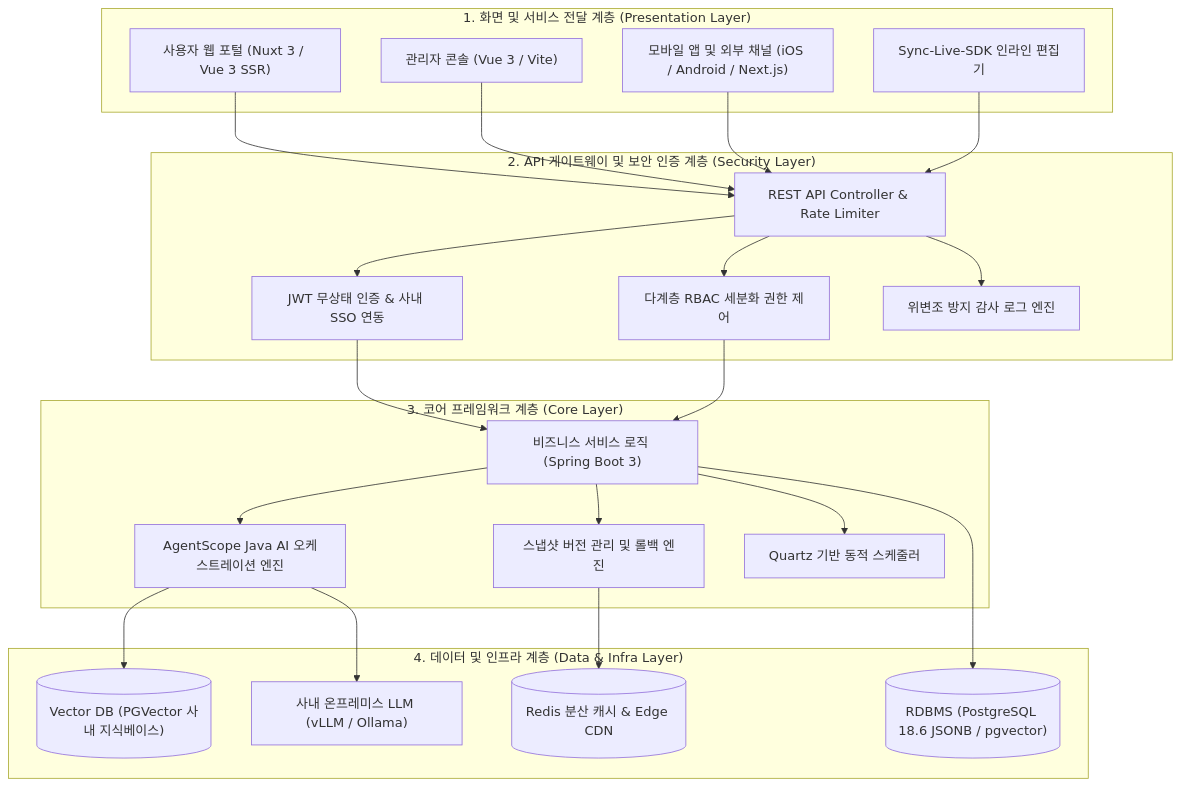
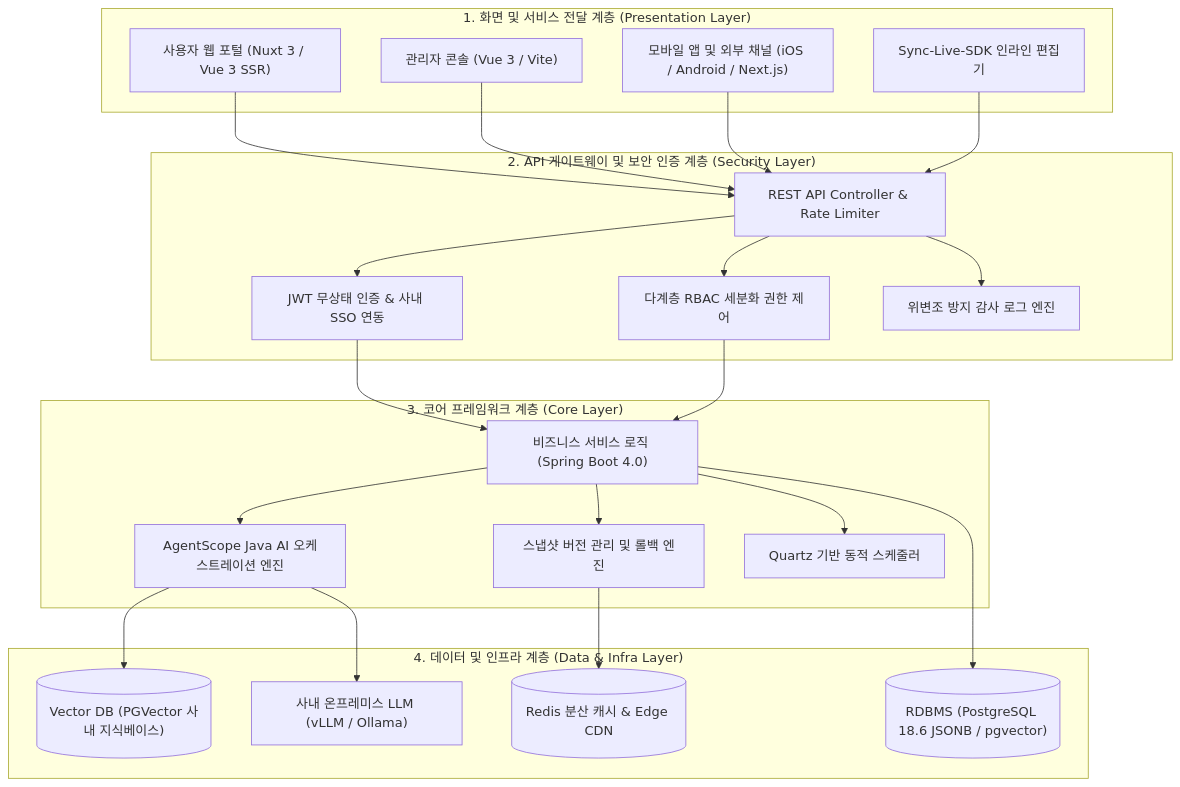
The first of 2 diagrams in ko/synccms/architecture.md (DramaticCollaboration/doc.github.io), drawn with Mermaid before and after one commit. The commit also changed other lines of this file and 45 other files, not shown here.

````diff
--- a/ko/synccms/architecture.md
+++ b/ko/synccms/architecture.md
@@ -25,38 +25,38 @@
 ```mermaid
 graph TD
     subgraph "1. 화면 및 서비스 전달 계층 (Presentation Layer)"
         UI1["사용자 웹 포털 (Nuxt 3 / Vue 3 SSR)"]
         UI2["관리자 콘솔 (Vue 3 / Vite)"]
         UI3["모바일 앱 및 외부 채널 (iOS / Android / Next.js)"]
         UI4["Sync-Live-SDK 인라인 편집기"]
     end
 
     subgraph "2. API 게이트웨이 및 보안 인증 계층 (Security Layer)"
         GW["REST API Controller & Rate Limiter"]
         SSO["JWT 무상태 인증 & 사내 SSO 연동"]
         RBAC["다계층 RBAC 세분화 권한 제어"]
         AUDIT["위변조 방지 감사 로그 엔진"]
     end
 
     subgraph "3. 코어 프레임워크 계층 (Core Layer)"
-        CTRL["비즈니스 서비스 로직 (Spring Boot 3)"]
+        CTRL["비즈니스 서비스 로직 (Spring Boot 4.0)"]
         AS["AgentScope Java AI 오케스트레이션 엔진"]
         ENG["스냅샷 버전 관리 및 롤백 엔진"]
         SCHED["Quartz 기반 동적 스케줄러"]
     end
 
     subgraph "4. 데이터 및 인프라 계층 (Data & Infra Layer)"
         RDB[("RDBMS (PostgreSQL 18.6 JSONB / pgvector)")]
         VEC[("Vector DB (PGVector 사내 지식베이스)")]
         CACHE[("Redis 분산 캐시 & Edge CDN")]
         LLM["사내 온프레미스 LLM (vLLM / Ollama)"]
     end
 
     UI1 & UI2 & UI3 & UI4 --> GW
     GW --> SSO & RBAC & AUDIT
     SSO & RBAC --> CTRL
     CTRL --> AS & ENG & SCHED
     CTRL --> RDB
     AS --> VEC & LLM
     ENG --> CACHE
 ```
````
